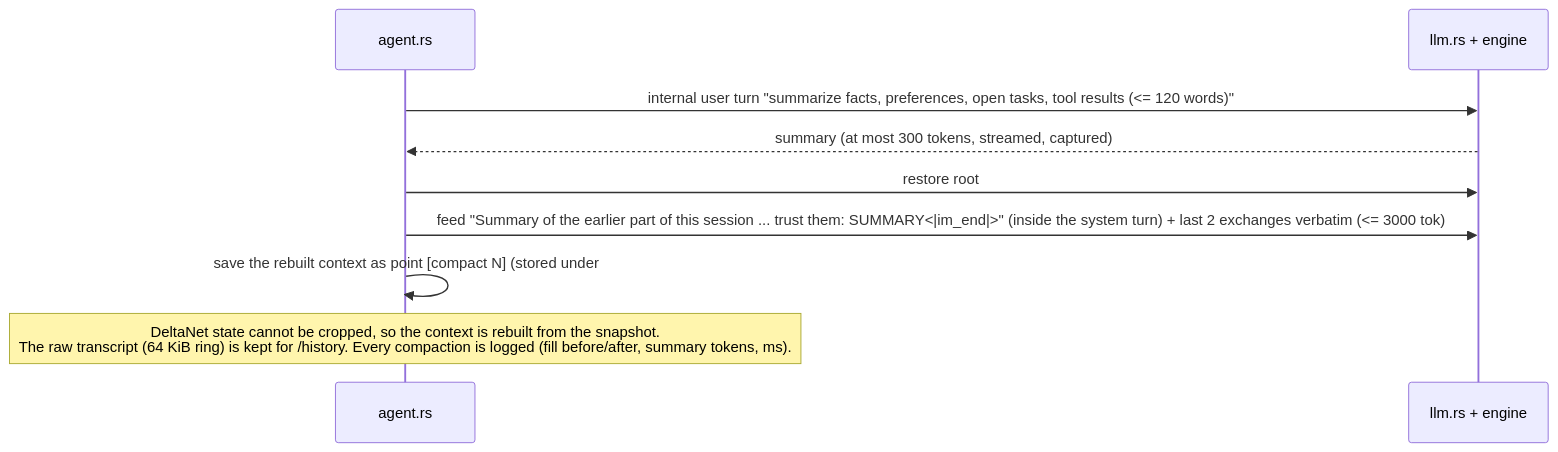
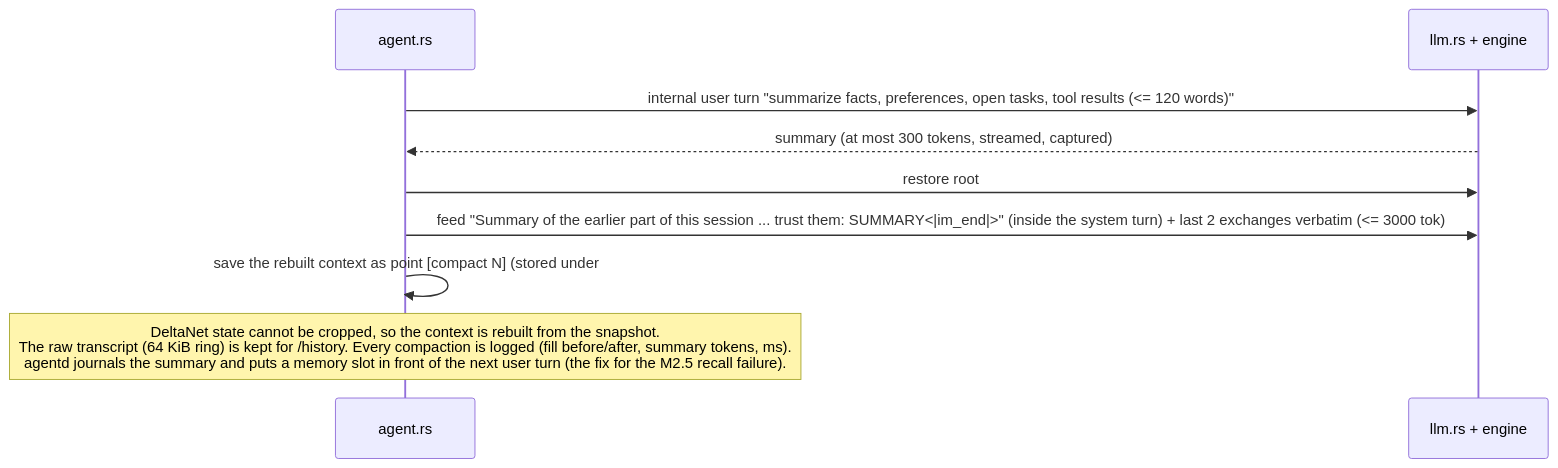
One commit to tcsenpai/ringzero changed the fifth of 5 diagrams in docs/ARCHITECTURE.md. Above: the diagram before and after it, drawn with Mermaid. The commit also changed other lines of this file and 16 other files, not shown here.

First line of the commit message:
feat: M4.5 agentd: persistent memory, saved index, boot snapshot cache

````diff
--- a/docs/ARCHITECTURE.md
+++ b/docs/ARCHITECTURE.md
@@ -126,11 +187,11 @@
 ```mermaid
 sequenceDiagram
     participant A as agent.rs
     participant L as llm.rs + engine
     A->>L: internal user turn "summarize facts, preferences, open tasks, tool results (<= 120 words)"
     L-->>A: summary (at most 300 tokens, streamed, captured)
     A->>L: restore root #0 (boot prefix: tools + system prompt, without the closing <|im_end|>); the current point stays as pre-compact-N
     A->>L: feed "Summary of the earlier part of this session ... trust them: SUMMARY<|im_end|>" (inside the system turn) + last 2 exchanges verbatim (<= 3000 tok)
     A->>A: save the rebuilt context as point [compact N] (stored under #0, /undo goes back to pre-compact-N); Ctrl-C restores the current point
-    Note over A: DeltaNet state cannot be cropped, so the context is rebuilt from the snapshot.<br/>The raw transcript (64 KiB ring) is kept for /history. Every compaction is logged (fill before/after, summary tokens, ms).
+    Note over A: DeltaNet state cannot be cropped, so the context is rebuilt from the snapshot.<br/>The raw transcript (64 KiB ring) is kept for /history. Every compaction is logged (fill before/after, summary tokens, ms).<br/>agentd journals the summary and puts a memory slot in front of the next user turn (the fix for the M2.5 recall failure).
 ```
````
